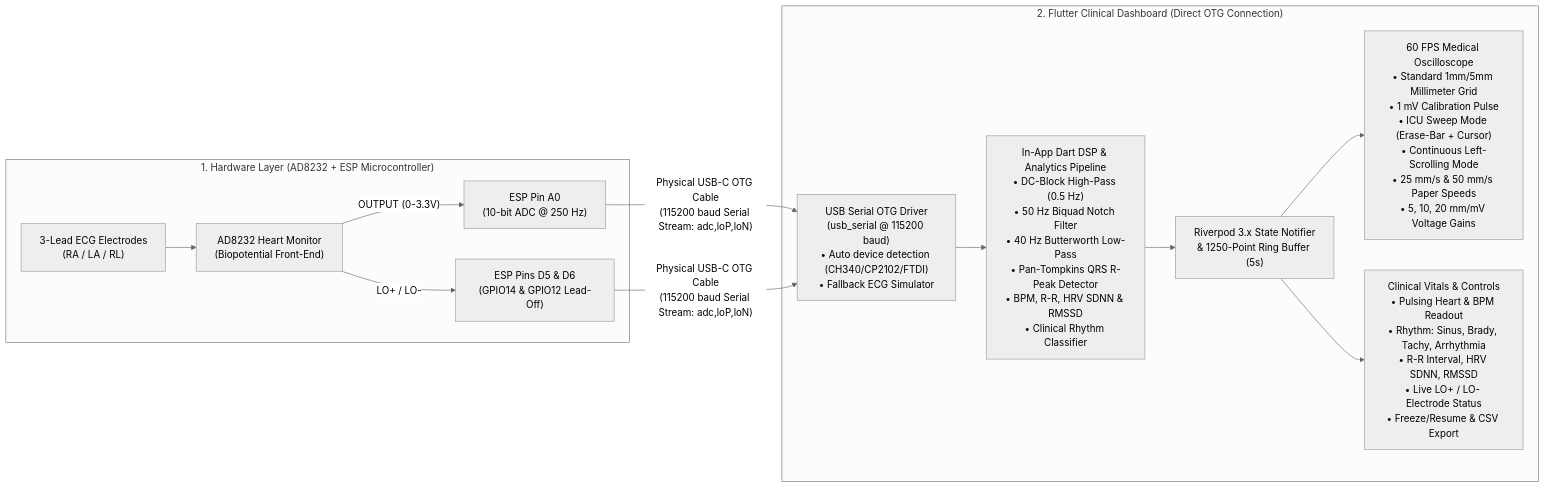
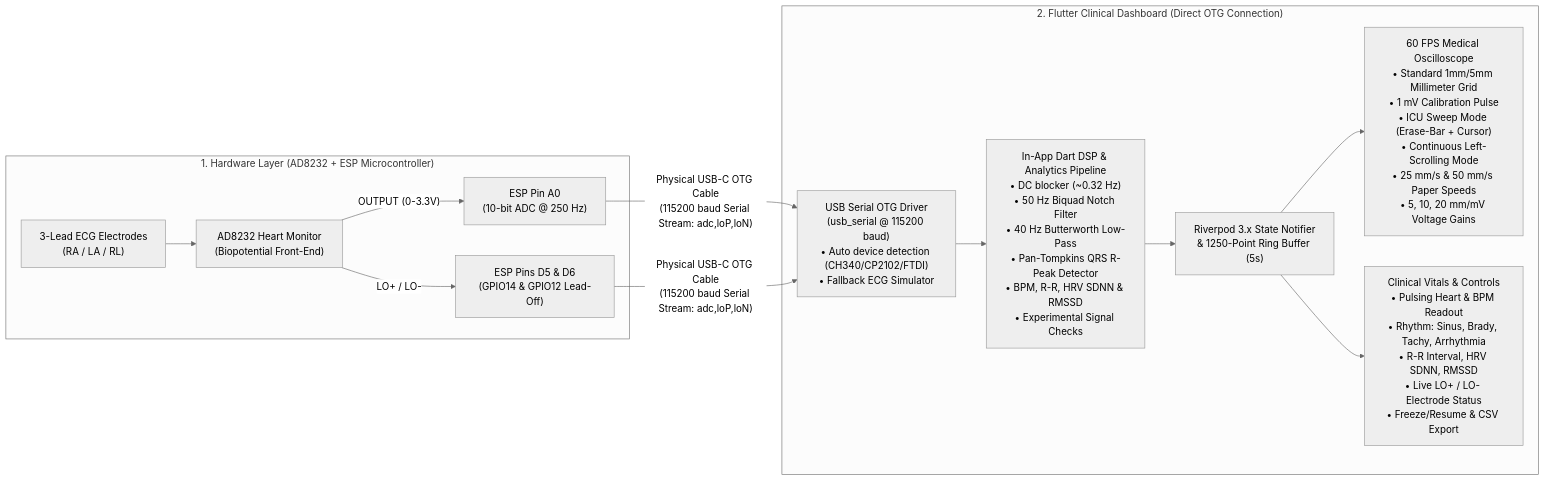
One commit to jger/flutbeat changed the diagram in README.md. Above: the diagram before and after it, drawn with Mermaid (neutral theme). The commit also changed other lines of this file and 36 other files, not shown here.

Commit message:
refactor: update ECG documentation, signal checks, and UI components

````diff
--- a/README.md
+++ b/README.md
@@ -32,22 +32,22 @@
 ```mermaid
 flowchart LR
     subgraph HW["1. Hardware Layer (AD8232 + ESP Microcontroller)"]
         PADS["3-Lead ECG Electrodes\n(RA / LA / RL)"] --> AD8232["AD8232 Heart Monitor\n(Biopotential Front-End)"]
         AD8232 -- "OUTPUT (0-3.3V)" --> A0["ESP Pin A0\n(10-bit ADC @ 250 Hz)"]
         AD8232 -- "LO+ / LO-" --> D5D6["ESP Pins D5 & D6\n(GPIO14 & GPIO12 Lead-Off)"]
     end
 
     subgraph FE["2. Flutter Clinical Dashboard (Direct OTG Connection)"]
         USB["USB Serial OTG Driver\n(usb_serial @ 115200 baud)\n• Auto device detection (CH340/CP2102/FTDI)\n• Fallback ECG Simulator"]
-        DSP["In-App Dart DSP & Analytics Pipeline\n• DC-Block High-Pass (0.5 Hz)\n• 50 Hz Biquad Notch Filter\n• 40 Hz Butterworth Low-Pass\n• Pan-Tompkins QRS R-Peak Detector\n• BPM, R-R, HRV SDNN & RMSSD\n• Clinical Rhythm Classifier"]
+        DSP["In-App Dart DSP & Analytics Pipeline\n• DC blocker (~0.32 Hz)\n• 50 Hz Biquad Notch Filter\n• 40 Hz Butterworth Low-Pass\n• Pan-Tompkins QRS R-Peak Detector\n• BPM, R-R, HRV SDNN & RMSSD\n• Experimental Signal Checks"]
         RIVERPOD["Riverpod 3.x State Notifier\n& 1250-Point Ring Buffer (5s)"]
         CANVAS["60 FPS Medical Oscilloscope\n• Standard 1mm/5mm Millimeter Grid\n• 1 mV Calibration Pulse\n• ICU Sweep Mode (Erase-Bar + Cursor)\n• Continuous Left-Scrolling Mode\n• 25 mm/s & 50 mm/s Paper Speeds\n• 5, 10, 20 mm/mV Voltage Gains"]
         VITALS["Clinical Vitals & Controls\n• Pulsing Heart & BPM Readout\n• Rhythm: Sinus, Brady, Tachy, Arrhythmia\n• R-R Interval, HRV SDNN, RMSSD\n• Live LO+ / LO- Electrode Status\n• Freeze/Resume & CSV Export"]
 
         USB --> DSP --> RIVERPOD
         RIVERPOD --> CANVAS
         RIVERPOD --> VITALS
     end
 
     A0 & D5D6 -- "Physical USB-C OTG Cable\n(115200 baud Serial Stream: adc,loP,loN)" --> USB
 ```
````
